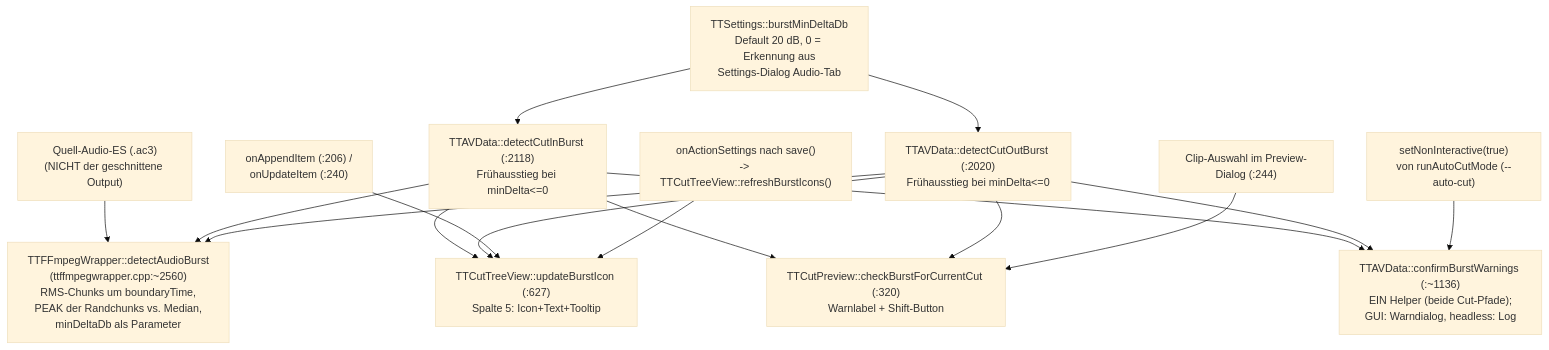
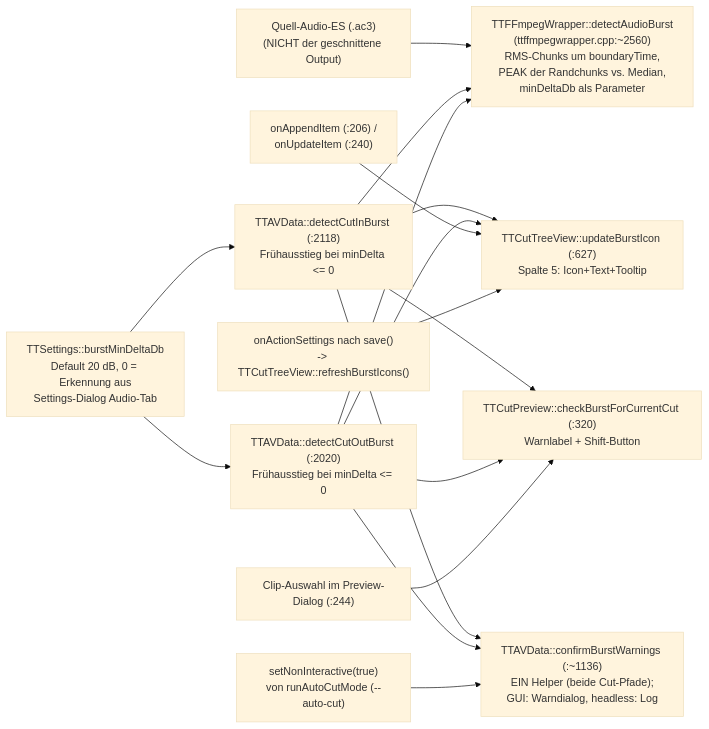
One commit to MINIXJR/TTCut-ng changed the diagram in docs/code-map/burst-detection.md. Above: the diagram before and after it, drawn with Mermaid (base theme). The commit also changed other lines of this file and 1 other file, not shown here.

Commit message:
Fix Mermaid rendering in code maps
Mermaid >= 10 no longer treats \n in node labels as a line break; it
prints the escape literally, turning every label into one long line.
Replace all 59 occurrences with <br/> in burst-detection.md and
frame-order.md.

Escape the raw < in "minDelta<=0": once a label contains <br/>, Mermaid
renders it as HTML.

Switch burst-detection.md from "graph TD" to "flowchart LR". The graph
has six root nodes and only four ranks, so TD laid it out 2306x518
(aspect 4.45) with edges crossing over the boxes. LR yields 1054x1084
(aspect 0.97) with identical content. frame-order.md is already 0.59
under TD and keeps its direction.

Verified by rendering both files with mermaid-cli 11 and reading the
SVG viewBox.

````diff
--- a/docs/code-map/burst-detection.md
+++ b/docs/code-map/burst-detection.md
@@ -24,29 +24,29 @@
 ```mermaid
-graph TD
-    SRC["Quell-Audio-ES (.ac3)\n(NICHT der geschnittene Output)"]
-    DET["TTFFmpegWrapper::detectAudioBurst\n(ttffmpegwrapper.cpp:~2560)\nRMS-Chunks um boundaryTime,\nPEAK der Randchunks vs. Median,\nminDeltaDb als Parameter"]
-    AVD_IN["TTAVData::detectCutInBurst (:2118)\nFrühausstieg bei minDelta<=0"]
-    AVD_OUT["TTAVData::detectCutOutBurst (:2020)\nFrühausstieg bei minDelta<=0"]
-    SET["TTSettings::burstMinDeltaDb\nDefault 20 dB, 0 = Erkennung aus\nSettings-Dialog Audio-Tab"]
-    LIST["TTCutTreeView::updateBurstIcon (:627)\nSpalte 5: Icon+Text+Tooltip"]
-    APPEND["onAppendItem (:206) /\nonUpdateItem (:240)"]
-    PREV["TTCutPreview::checkBurstForCurrentCut (:320)\nWarnlabel + Shift-Button"]
+flowchart LR
+    SRC["Quell-Audio-ES (.ac3)<br/>(NICHT der geschnittene Output)"]
+    DET["TTFFmpegWrapper::detectAudioBurst<br/>(ttffmpegwrapper.cpp:~2560)<br/>RMS-Chunks um boundaryTime,<br/>PEAK der Randchunks vs. Median,<br/>minDeltaDb als Parameter"]
+    AVD_IN["TTAVData::detectCutInBurst (:2118)<br/>Frühausstieg bei minDelta &lt;= 0"]
+    AVD_OUT["TTAVData::detectCutOutBurst (:2020)<br/>Frühausstieg bei minDelta &lt;= 0"]
+    SET["TTSettings::burstMinDeltaDb<br/>Default 20 dB, 0 = Erkennung aus<br/>Settings-Dialog Audio-Tab"]
+    LIST["TTCutTreeView::updateBurstIcon (:627)<br/>Spalte 5: Icon+Text+Tooltip"]
+    APPEND["onAppendItem (:206) /<br/>onUpdateItem (:240)"]
+    PREV["TTCutPreview::checkBurstForCurrentCut (:320)<br/>Warnlabel + Shift-Button"]
     SEL["Clip-Auswahl im Preview-Dialog (:244)"]
-    REFRESH["onActionSettings nach save()\n-> TTCutTreeView::refreshBurstIcons()"]
-    FINAL["TTAVData::confirmBurstWarnings (:~1136)\nEIN Helper (beide Cut-Pfade);\nGUI: Warndialog, headless: Log"]
-    NONINT["setNonInteractive(true)\nvon runAutoCutMode (--auto-cut)"]
+    REFRESH["onActionSettings nach save()<br/>-> TTCutTreeView::refreshBurstIcons()"]
+    FINAL["TTAVData::confirmBurstWarnings (:~1136)<br/>EIN Helper (beide Cut-Pfade);<br/>GUI: Warndialog, headless: Log"]
+    NONINT["setNonInteractive(true)<br/>von runAutoCutMode (--auto-cut)"]
 
     SRC --> DET
     SET --> AVD_IN --> DET
     SET --> AVD_OUT --> DET
     AVD_IN --> LIST
     AVD_IN --> PREV
     AVD_IN --> FINAL
     AVD_OUT --> LIST
     AVD_OUT --> PREV
     AVD_OUT --> FINAL
     APPEND --> LIST
     REFRESH --> LIST
     SEL --> PREV
     NONINT --> FINAL
 ```
````
